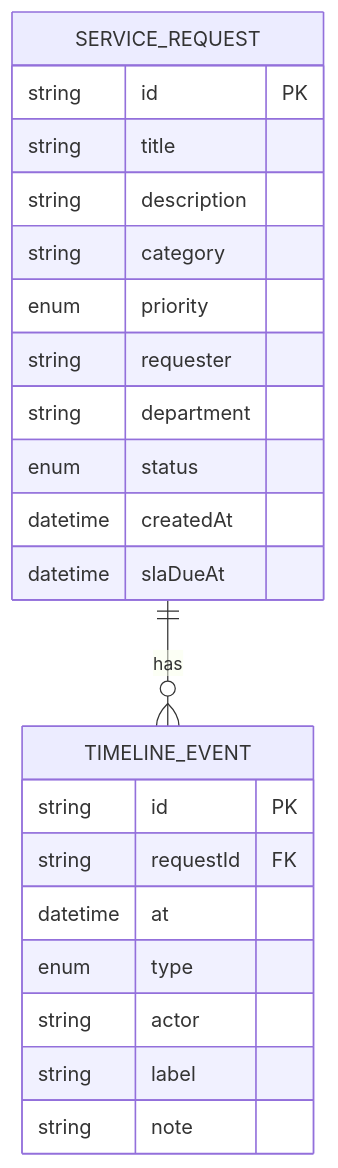
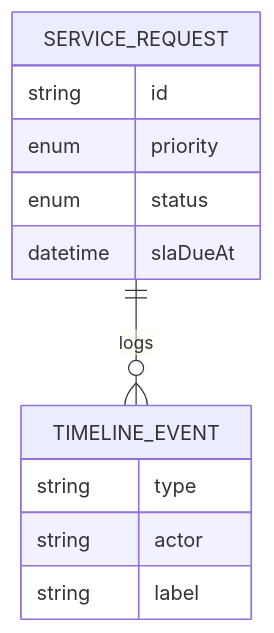
One commit to jah-guide/flowgate changed the diagram in docs/06-data-model.md. Above: the diagram before and after it, drawn with Mermaid. The commit also changed other lines of this file and 1 other file, not shown here.

Commit message:
docs: streamline data model and sequence flows

````diff
--- a/docs/06-data-model.md
+++ b/docs/06-data-model.md
@@ -9,25 +9,15 @@
 ```mermaid
 erDiagram
-  SERVICE_REQUEST ||--o{ TIMELINE_EVENT : has
+  SERVICE_REQUEST ||--o{ TIMELINE_EVENT : logs
   SERVICE_REQUEST {
-    string id PK
-    string title
-    string description
-    string category
+    string id
     enum priority
-    string requester
-    string department
     enum status
-    datetime createdAt
     datetime slaDueAt
   }
   TIMELINE_EVENT {
-    string id PK
-    string requestId FK
-    datetime at
-    enum type
+    string type
     string actor
     string label
-    string note
   }
 ```
````
